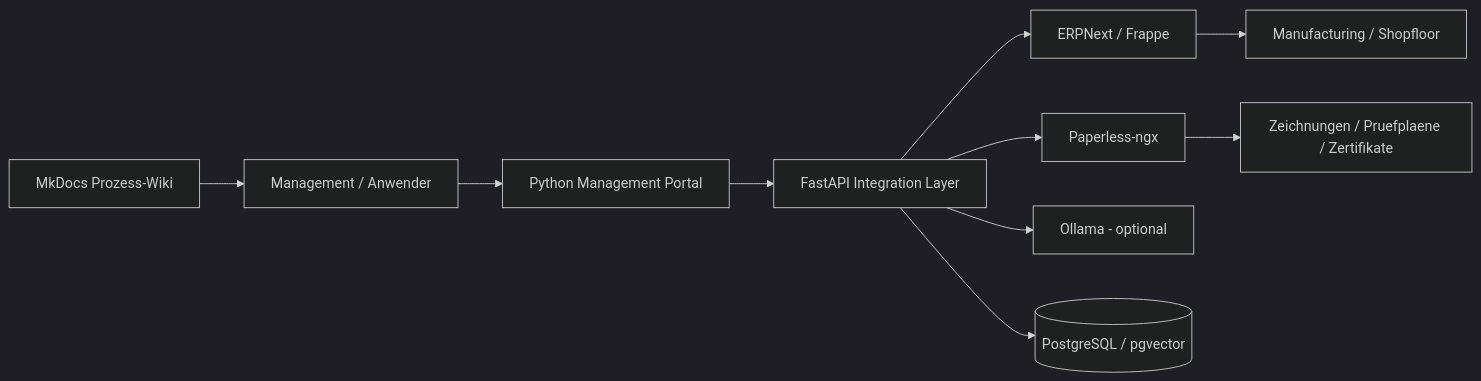
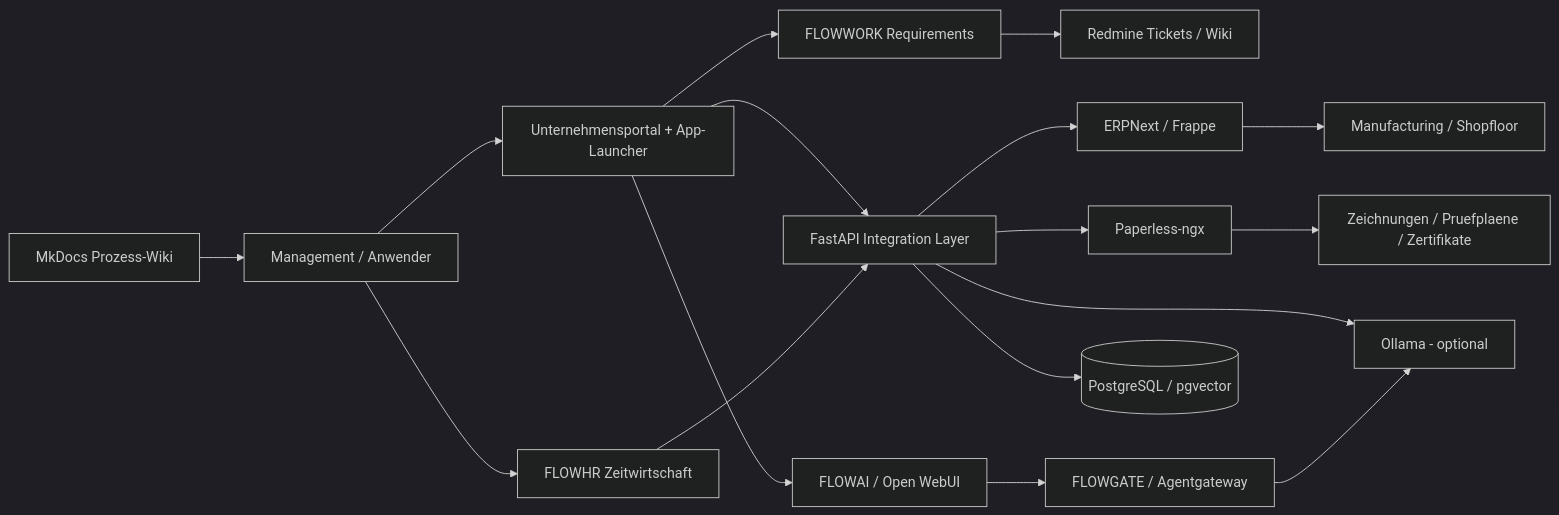
Before and after one commit to BasKjell/ERP_Eigenbau: the diagram in README.md, drawn with Mermaid (dark theme). The commit also changed other lines of this file and 247 other files, not shown here.

````diff
--- a/README.md
+++ b/README.md
@@ -90,12 +145,19 @@
 ```mermaid
 flowchart LR
-  U[Management / Anwender] --> P[Python Management Portal]
+  U[Management / Anwender] --> P[Unternehmensportal + App-Launcher]
   P --> I[FastAPI Integration Layer]
+  P --> FW[FLOWWORK Requirements]
+  FW --> R[Redmine Tickets / Wiki]
+  U --> H[FLOWHR Zeitwirtschaft]
+  H --> I
   I --> E[ERPNext / Frappe]
   I --> D[Paperless-ngx]
   I --> A[Ollama - optional]
+  P --> AI[FLOWAI / Open WebUI]
+  AI --> GW[FLOWGATE / Agentgateway]
+  GW --> A
   I --> DB[(PostgreSQL / pgvector)]
   E --> M[Manufacturing / Shopfloor]
   D --> DOC[Zeichnungen / Pruefplaene / Zertifikate]
   W[MkDocs Prozess-Wiki] --> U
 ```
````
